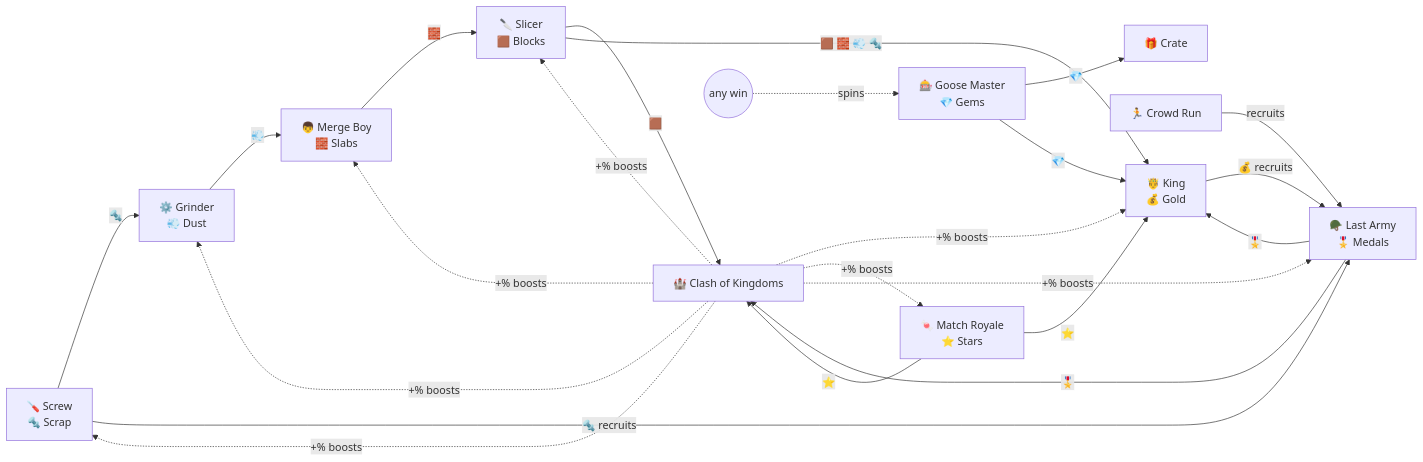
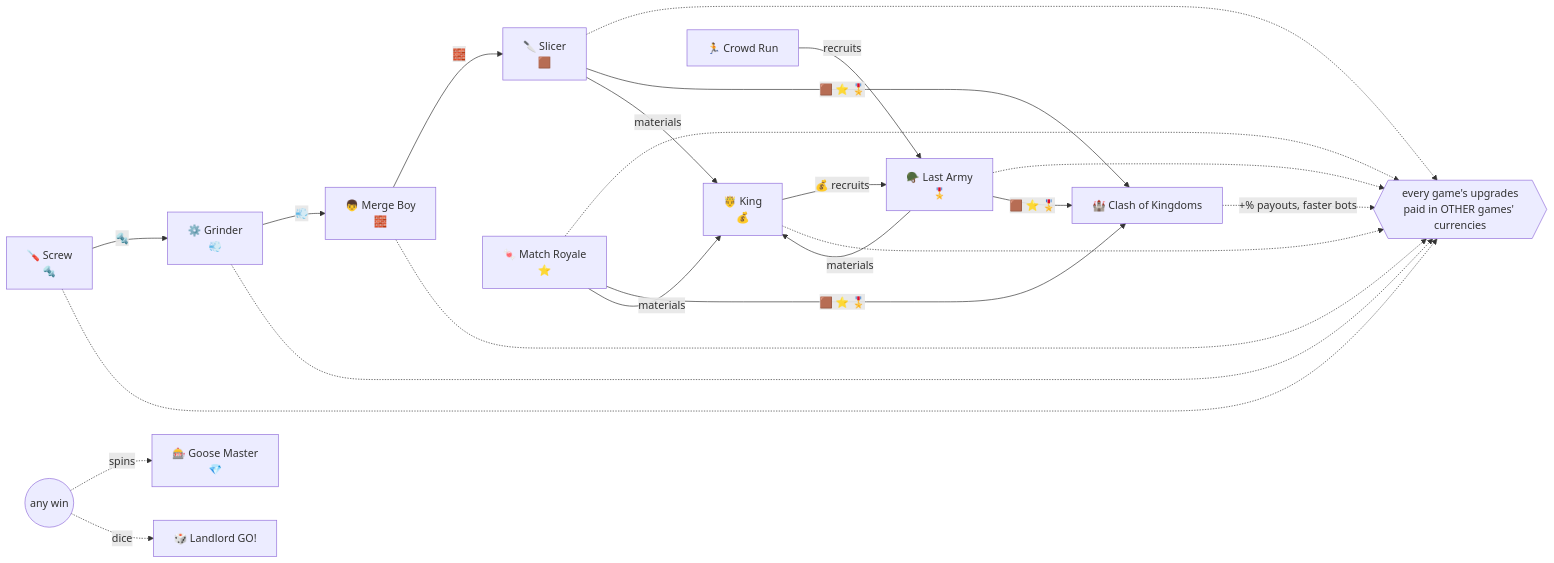
The diagram in docs/PROPOSAL.md (wrightmalone/mergeboy), drawn with Mermaid before and after one commit. The commit also changed other lines of this file and 25 other files, not shown here.

````diff
--- a/docs/PROPOSAL.md
+++ b/docs/PROPOSAL.md
@@ -38,19 +39,16 @@
 ```mermaid
 flowchart LR
-  screw[🪛 Screw<br/>🔩 Scrap] -->|🔩| grinder[⚙️ Grinder<br/>💨 Dust]
-  grinder -->|💨| merge[👦 Merge Boy<br/>🧱 Slabs]
-  merge -->|🧱| slicer[🔪 Slicer<br/>🟫 Blocks]
-  king[🤴 King<br/>💰 Gold] -->|💰 recruits| army[🪖 Last Army<br/>🎖️ Medals]
-  screw -->|🔩 recruits| army
+  screw[🪛 Screw<br/>🔩] -->|🔩| grinder[⚙️ Grinder<br/>💨]
+  grinder -->|💨| merge[👦 Merge Boy<br/>🧱]
+  merge -->|🧱| slicer[🔪 Slicer<br/>🟫]
+  king[🤴 King<br/>💰] -->|💰 recruits| army[🪖 Last Army<br/>🎖️]
   crowd[🏃 Crowd Run] -->|recruits| army
-  match3[🍬 Match Royale<br/>⭐ Stars] -->|⭐| base[🏰 Clash of Kingdoms]
-  army -->|🎖️| base
-  slicer -->|🟫| base
-  slicer -->|🟫 🧱 💨 🔩| king
-  match3 -->|⭐| king
-  army -->|🎖️| king
-  base -.->|+% boosts| screw & grinder & merge & slicer & king & match3 & army
-  wins((any win)) -.->|spins| spin[🎰 Goose Master<br/>💎 Gems]
-  spin -->|💎| crate[🎁 Crate]
-  spin -->|💎| king
+  upgrades{{every game's upgrades<br/>paid in OTHER games' currencies}}
+  screw & grinder & merge & slicer & king & army -.-> upgrades
+  match3[🍬 Match Royale<br/>⭐] -.-> upgrades
+  slicer & match3 & army -->|🟫 ⭐ 🎖️| base[🏰 Clash of Kingdoms]
+  base -.->|+% payouts, faster bots| upgrades
+  slicer & match3 & army -->|materials| king
+  wins((any win)) -.->|spins| spin[🎰 Goose Master<br/>💎]
+  wins -.->|dice| board[🎲 Landlord GO!]
 ```
````
